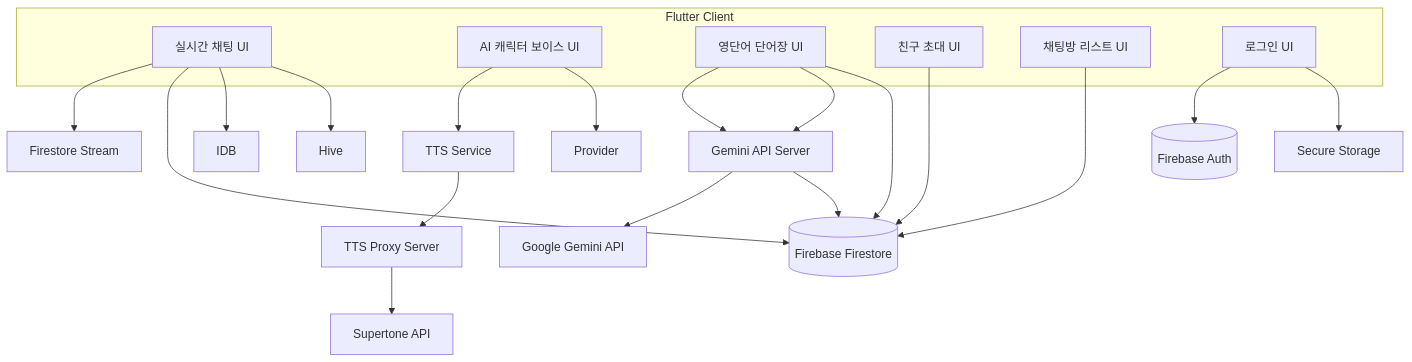
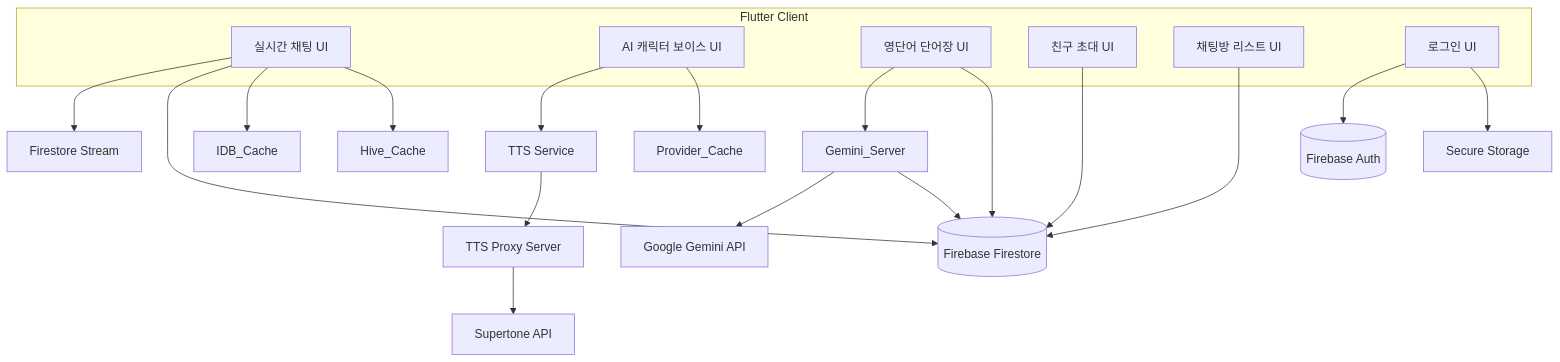
One commit to 8848man/machat changed the diagram in README.md. Above: the diagram before and after it, drawn with Mermaid.

````diff
--- a/README.md
+++ b/README.md
@@ -20,46 +20,45 @@
 ```mermaid
 graph TB
 
     %% --- 클라이언트 ---
     subgraph Client[Flutter Client]
         ChatUI[실시간 채팅 UI]
         VoiceUI[AI 캐릭터 보이스 UI]
         VocabUI[영단어 단어장 UI]
         InviteUI[친구 초대 UI]
         RoomListUI[채팅방 리스트 UI]
         LoginUI[로그인 UI]
     end
     
     %% --- Firebase 공통 (먼저 정의) ---
     FS_DB[(Firebase Firestore)]
     FB_Auth[(Firebase Auth)]
     
     %% --- 실시간 채팅 ---
     ChatUI --> FS_Stream[Firestore Stream];
     ChatUI --> FS_DB;
-    ChatUI --> Web_Cache[IDB];
-    ChatUI --> Mobile_Cache[Hive];
-    VocabUI --> Gemini_Server[Gemini API Server];
+    ChatUI --> Web_Cache[IDB_Cache];
+    ChatUI --> Mobile_Cache[Hive_Cache];
     Gemini_Server --> Gemini_API[Google Gemini API];
     
     %% --- AI 캐릭터 보이스 ---
     VoiceUI --> TTS_Service[TTS Service];
-    VoiceUI --> Provider_Cache[Provider];
+    VoiceUI --> Provider_Cache[Provider_Cache];
     TTS_Service --> TTS_Proxy[TTS Proxy Server];
     TTS_Proxy --> Supertone[Supertone API];
     
     %% --- 단어장 기능 ---
     VocabUI --> Gemini_Server;
     VocabUI --> FS_DB;
     Gemini_Server --> FS_DB;
     
     %% --- 친구 초대 ---
     InviteUI --> FS_DB;
     
     %% --- 채팅방 리스트 관리 ---
     RoomListUI --> FS_DB;
     
     %% --- 로그인 기능 ---
     LoginUI --> FB_Auth;
     LoginUI --> SecureStorage[Secure Storage];
 ```
````
